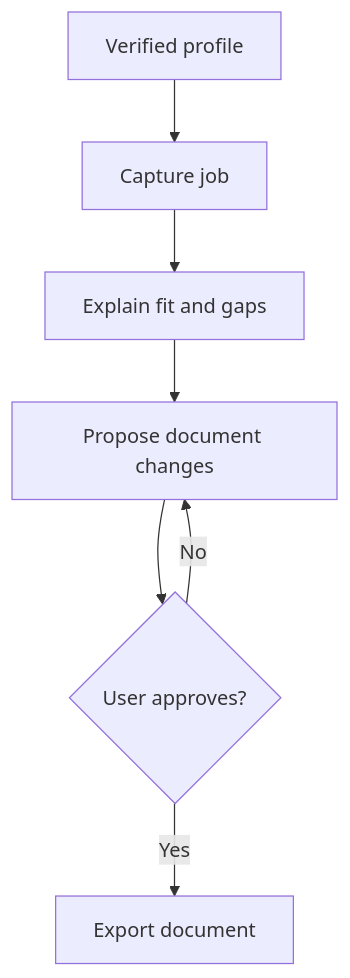
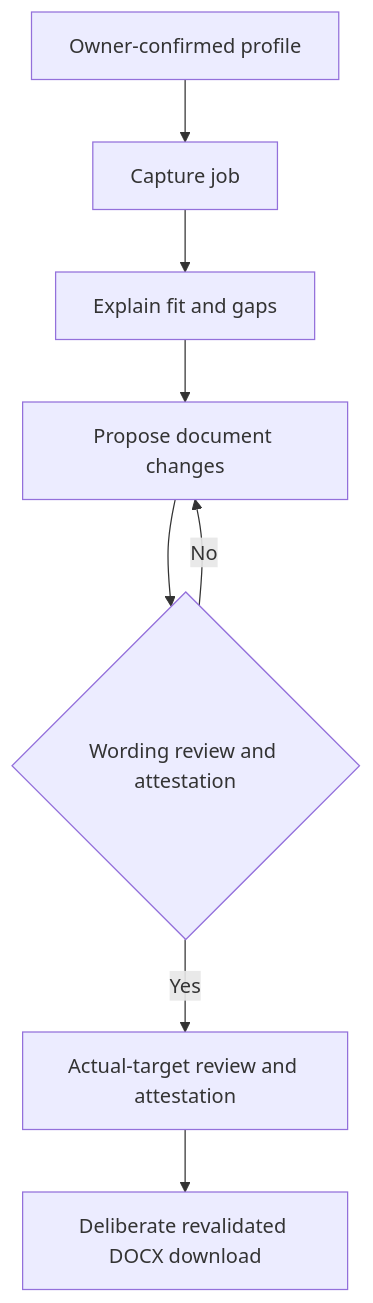
The second of 2 diagrams in docs/system-architecture.md (jagankorsipati/job-search-assistant), drawn with Mermaid before and after one commit. The commit also changed other lines of this file and 25 other files, not shown here.

````diff
--- a/docs/system-architecture.md
+++ b/docs/system-architecture.md
@@ -33,9 +35,10 @@
 ```mermaid
 flowchart TD
-    A["Verified profile"] --> C["Capture job"]
+    A["Owner-confirmed profile"] --> C["Capture job"]
     C --> F["Explain fit and gaps"]
     F --> P["Propose document changes"]
-    P --> R{"User approves?"}
-    R -->|Yes| E["Export document"]
+    P --> R{"Wording review and attestation"}
+    R -->|Yes| T["Actual-target review and attestation"]
+    T --> E["Deliberate revalidated DOCX download"]
     R -->|No| P
 ```
````
